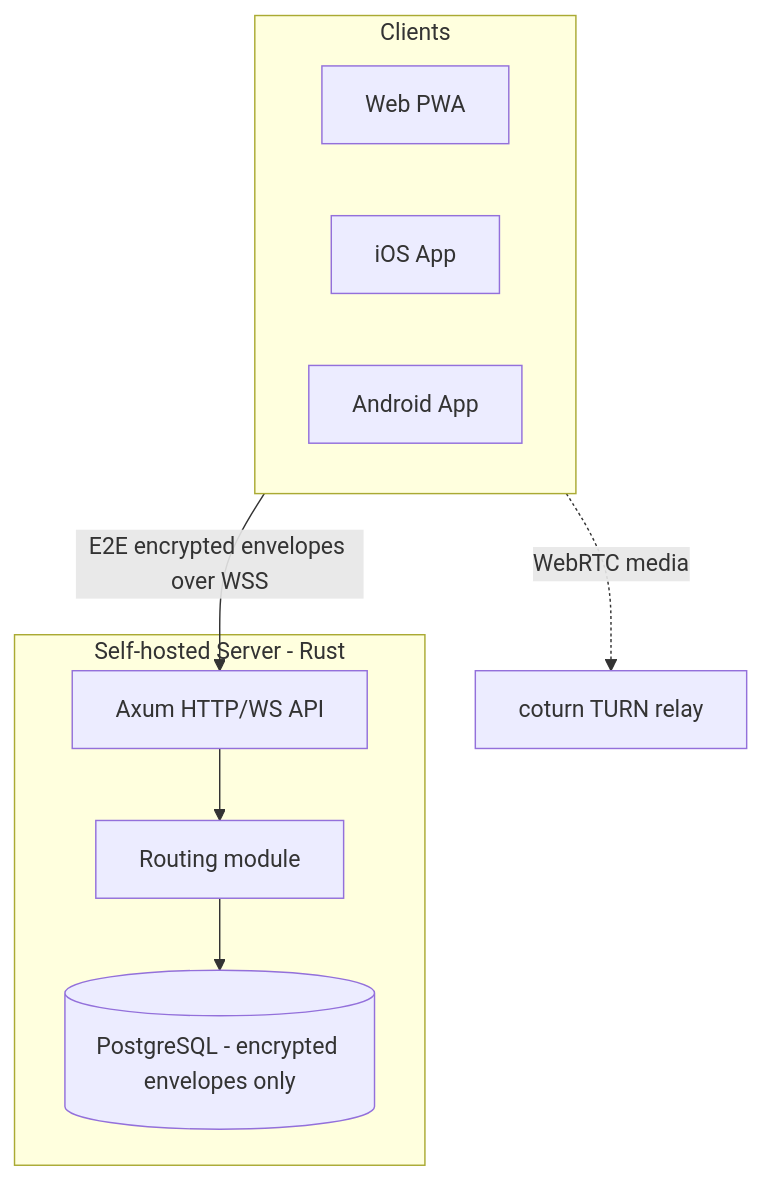
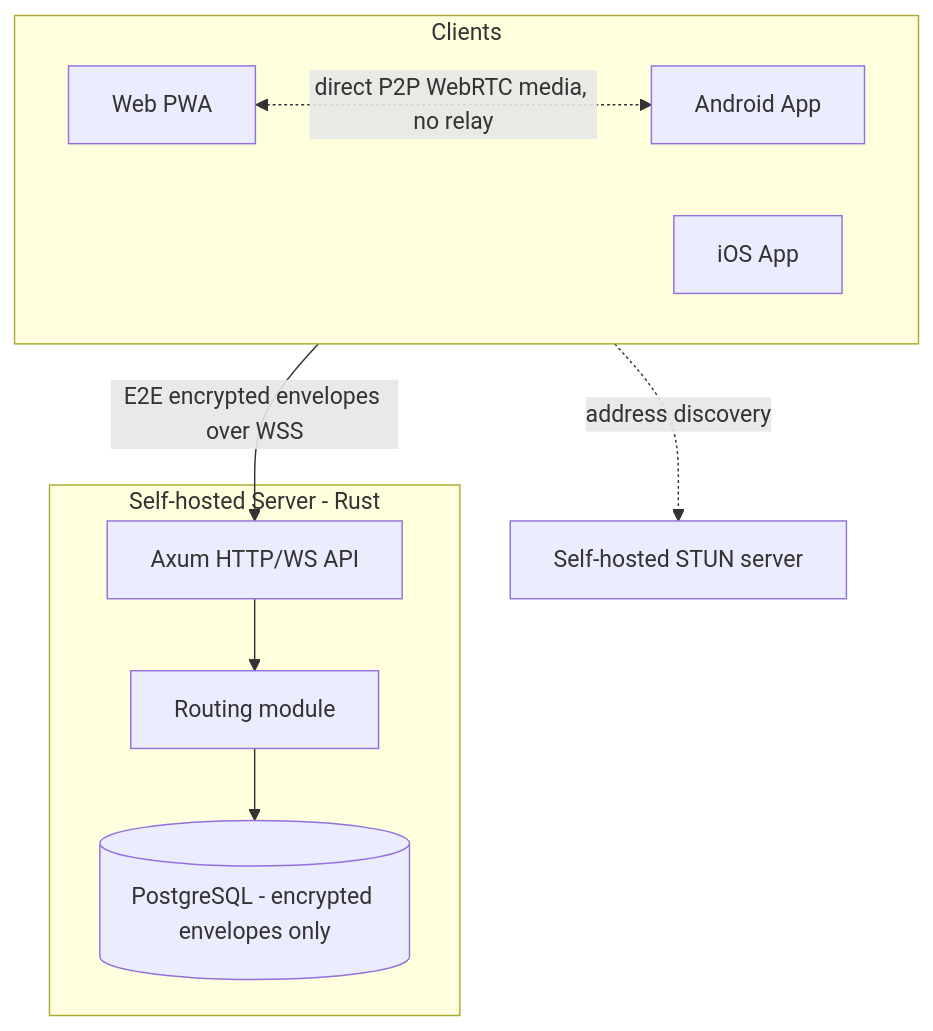
One commit to Thibault-Savenkoff/UmbraChat changed the diagram in aidd_docs/memory/architecture.md. Above: the diagram before and after it, drawn with Mermaid. The commit also changed other lines of this file, not shown here.

Commit message:
docs: record direct-P2P-STUN-only decision for voice/video calls

````diff
--- a/aidd_docs/memory/architecture.md
+++ b/aidd_docs/memory/architecture.md
@@ -14,20 +14,21 @@
 ```mermaid
 graph TB
     subgraph Clients
         Web[Web PWA]
         iOS[iOS App]
         Android[Android App]
     end
 
     subgraph Server[Self-hosted Server - Rust]
         API[Axum HTTP/WS API]
         Routing[Routing module]
         DB[(PostgreSQL - encrypted envelopes only)]
     end
 
-    TURN[coturn TURN relay]
+    STUN[Self-hosted STUN server]
 
     Clients -->|E2E encrypted envelopes over WSS| API
     API --> Routing --> DB
-    Clients -.->|WebRTC media| TURN
+    Clients -.->|address discovery| STUN
+    Web <-.->|direct P2P WebRTC media, no relay| Android
 ```
````
